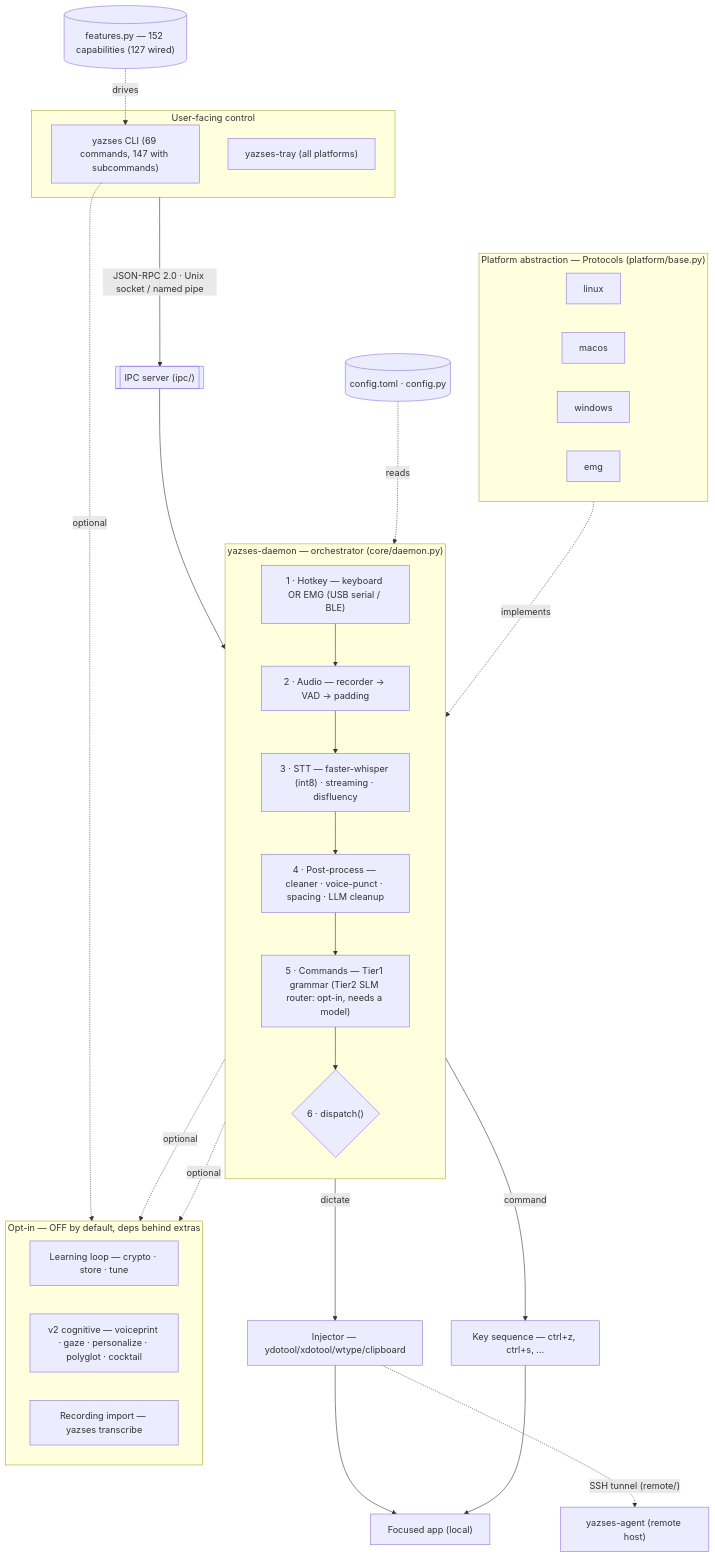
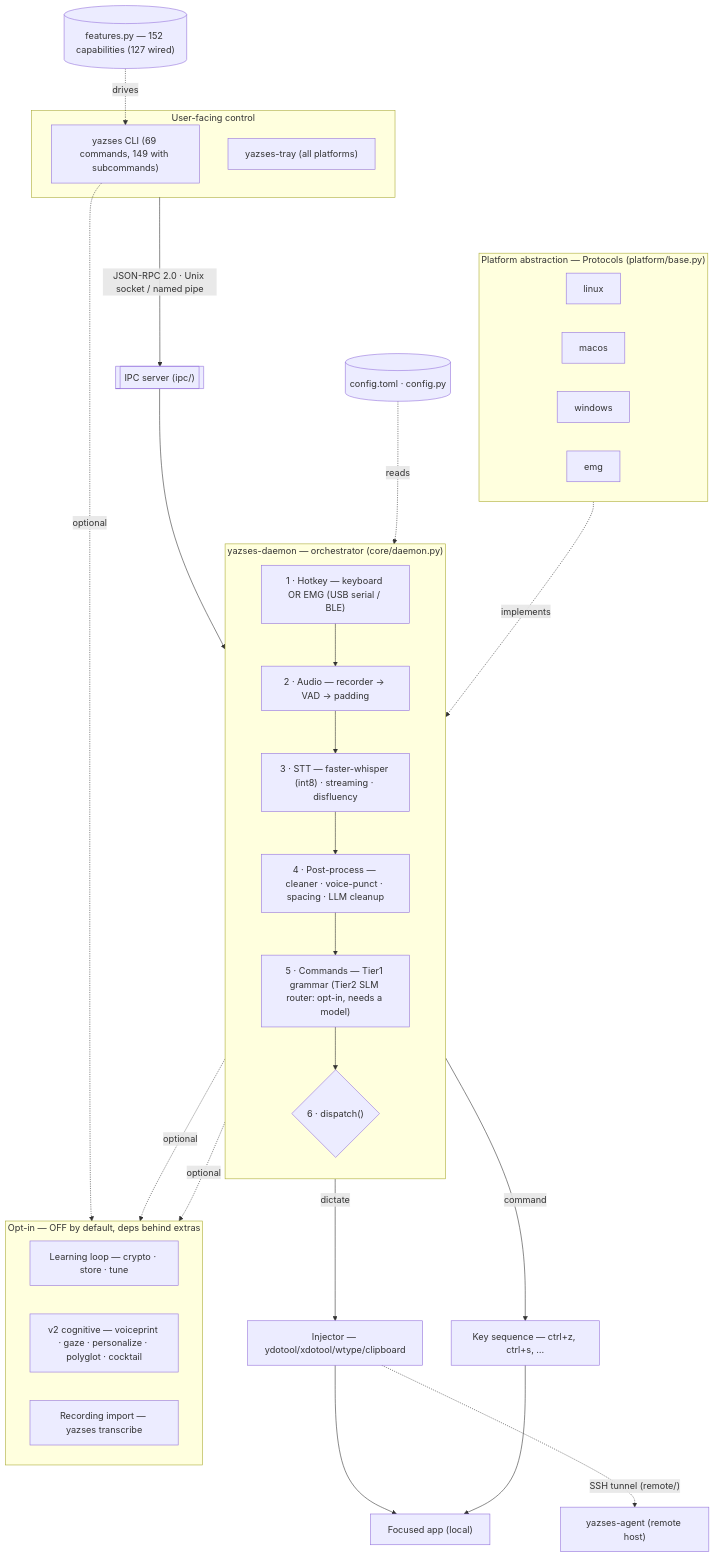
Before and after one commit to MSKazemi/yazses: the diagram in docs/diagrams/index.md, drawn with Mermaid. The commit also changed 2 other files, not shown here.

Commit message:
docs(models): regenerate reference docs, man page and architecture figures for model remove|disk (#929)

````diff
--- a/docs/diagrams/index.md
+++ b/docs/diagrams/index.md
@@ -22,50 +22,50 @@
 ```mermaid
 flowchart TB
   subgraph UI["User-facing control"]
-    CLI["yazses CLI (69 commands, 147 with subcommands)"]
+    CLI["yazses CLI (69 commands, 149 with subcommands)"]
     TRAY["yazses-tray (all platforms)"]
   end
   UI -->|"JSON-RPC 2.0 · Unix socket / named pipe"| IPC[["IPC server (ipc/)"]]
   IPC --> DAEMON
 
   subgraph DAEMON["yazses-daemon — orchestrator (core/daemon.py)"]
     direction TB
     HK["1 · Hotkey — keyboard OR EMG (USB serial / BLE)"]
     AUD["2 · Audio — recorder → VAD → padding"]
     STT["3 · STT — faster-whisper (int8) · streaming · disfluency"]
     PP["4 · Post-process — cleaner · voice-punct · spacing · LLM cleanup"]
     CMD["5 · Commands — Tier1 grammar (Tier2 SLM router: opt-in, needs a model)"]
     DIS{"6 · dispatch()"}
     HK --> AUD --> STT --> PP --> CMD --> DIS
   end
 
   CFG[("config.toml · config.py")]
   FEAT[("features.py — 152 capabilities (127 wired)")]
   CFG -. reads .-> DAEMON
   FEAT -. drives .-> CLI
 
   DIS -->|dictate| INJ["Injector — ydotool/xdotool/wtype/clipboard"]
   DIS -->|command| KEYS["Key sequence — ctrl+z, ctrl+s, …"]
   INJ --> APP["Focused app (local)"]
   KEYS --> APP
   INJ -. "SSH tunnel (remote/)" .-> AGENT["yazses-agent (remote host)"]
 
   subgraph PLAT["Platform abstraction — Protocols (platform/base.py)"]
     direction LR
     LNX["linux"]
     MAC["macos"]
     WIN["windows"]
     EMG["emg"]
   end
   PLAT -. implements .-> DAEMON
 
   subgraph OPT["Opt-in — OFF by default, deps behind extras"]
     direction LR
     LEARN["Learning loop — crypto · store · tune"]
     V2["v2 cognitive — voiceprint · gaze · personalize · polyglot · cocktail"]
     RECIMP["Recording import — yazses transcribe"]
   end
   DAEMON -. optional .-> LEARN
   DAEMON -. optional .-> V2
   CLI -. optional .-> RECIMP
 ```
````
